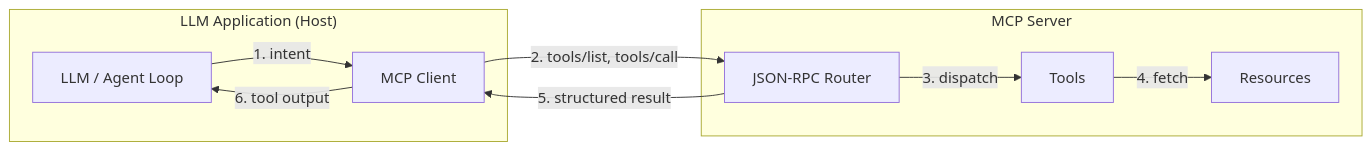
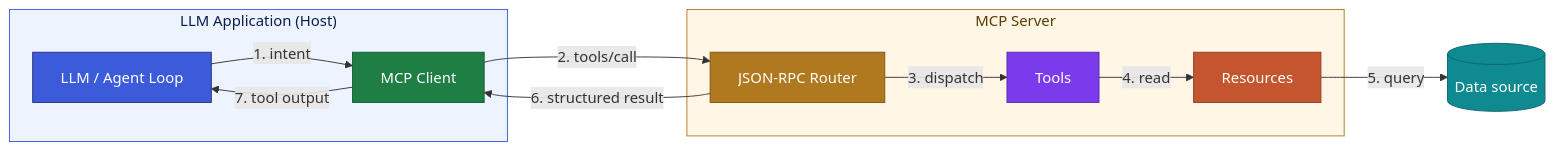
One commit to rafique1990/rafique1990.github.io changed the diagram in _posts/2026-09-21-mcp-protocol-best-practices.md. Above: the diagram before and after it, drawn with Mermaid. The commit also changed other lines of this file and 1 other file, not shown here.

First line of the commit message:
light IDE-style code blocks + coloured architecture diagrams

````diff
--- a/_posts/2026-09-21-mcp-protocol-best-practices.md
+++ b/_posts/2026-09-21-mcp-protocol-best-practices.md
@@ -36,18 +37,30 @@
 ```mermaid
 flowchart LR
     subgraph Host["LLM Application (Host)"]
         LLM["LLM / Agent Loop"]
         Client["MCP Client"]
     end
     subgraph Server["MCP Server"]
         Router["JSON-RPC Router"]
         Tools["Tools"]
         Res["Resources"]
     end
+    DB[("Data source")]
+
     LLM -->|"1. intent"| Client
-    Client -->|"2. tools/list, tools/call"| Router
+    Client -->|"2. tools/call"| Router
     Router -->|"3. dispatch"| Tools
-    Tools -->|"4. fetch"| Res
-    Router -->|"5. structured result"| Client
-    Client -->|"6. tool output"| LLM
+    Tools -->|"4. read"| Res
+    Res -->|"5. query"| DB
+    Router -->|"6. structured result"| Client
+    Client -->|"7. tool output"| LLM
+
+    style Host fill:#eef4ff,stroke:#3B5BDB,color:#0b1f4d
+    style Server fill:#fff6e6,stroke:#B0791F,color:#5a3d05
+    style LLM fill:#3B5BDB,color:#ffffff,stroke:#26307a
+    style Client fill:#1E7E44,color:#ffffff,stroke:#155c31
+    style Router fill:#B0791F,color:#ffffff,stroke:#7d560f
+    style Tools fill:#7C3AED,color:#ffffff,stroke:#5a25b0
+    style Res fill:#C4562F,color:#ffffff,stroke:#8f3c1f
+    style DB fill:#0E8A90,color:#ffffff,stroke:#0a666b
 ```
````
